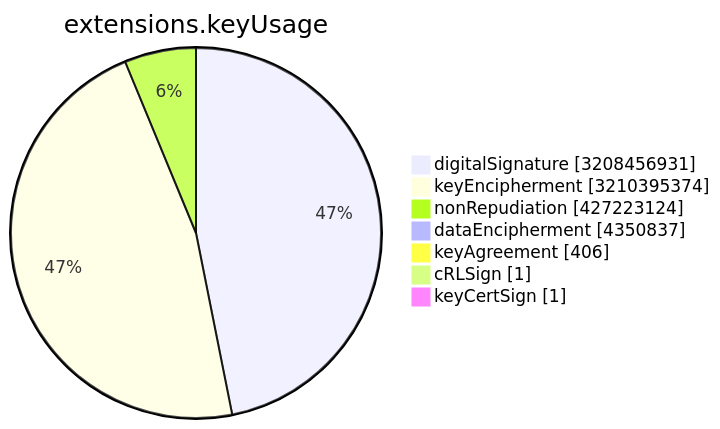
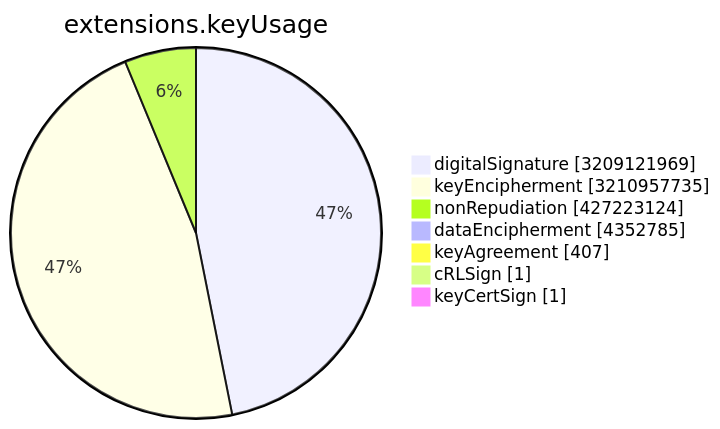
The sixth of 15 diagrams in TOTAL/README.md (christiankrug/ctmonitor_visualization), drawn with Mermaid before and after one commit. The commit also changed other lines of this file, not shown here.

````diff
--- a/TOTAL/README.md
+++ b/TOTAL/README.md
@@ -3077,11 +3077,11 @@
 ```mermaid
 pie showData
 title extensions.keyUsage
-"digitalSignature" :3208456931
-"keyEncipherment" :3210395374
+"digitalSignature" :3209121969
+"keyEncipherment" :3210957735
 "nonRepudiation" :427223124
-"dataEncipherment" :4350837
-"keyAgreement" :406
+"dataEncipherment" :4352785
+"keyAgreement" :407
 "cRLSign" :1
 "keyCertSign" :1
 ```
````
